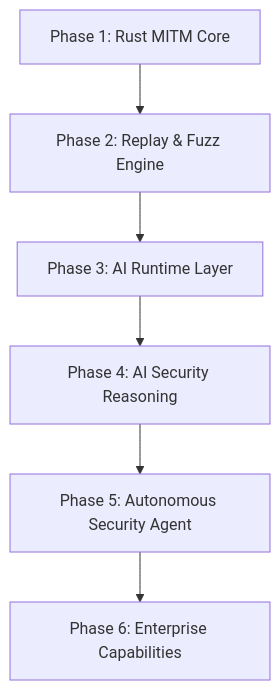
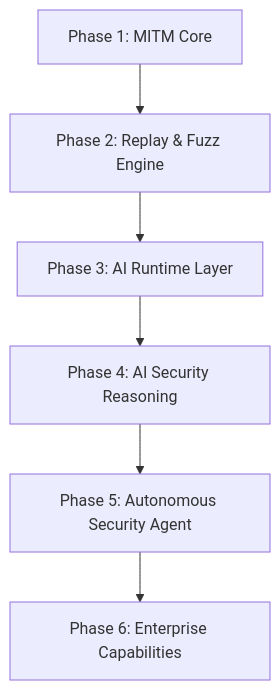
The diagram in docs/dev/roadmap.md (gougu-security/flowmind-docs), drawn with Mermaid before and after one commit. The commit also changed other lines of this file and 18 other files, not shown here.

````diff
--- a/docs/dev/roadmap.md
+++ b/docs/dev/roadmap.md
@@ -41,8 +36,8 @@
 ```mermaid
 flowchart TD
-    Phase1["Phase 1: Rust MITM Core"] --> Phase2["Phase 2: Replay & Fuzz Engine"]
+    Phase1["Phase 1: MITM Core"] --> Phase2["Phase 2: Replay & Fuzz Engine"]
     Phase2 --> Phase3["Phase 3: AI Runtime Layer"]
     Phase3 --> Phase4["Phase 4: AI Security Reasoning"]
     Phase4 --> Phase5["Phase 5: Autonomous Security Agent"]
     Phase5 --> Phase6["Phase 6: Enterprise Capabilities"]
 ```
````
